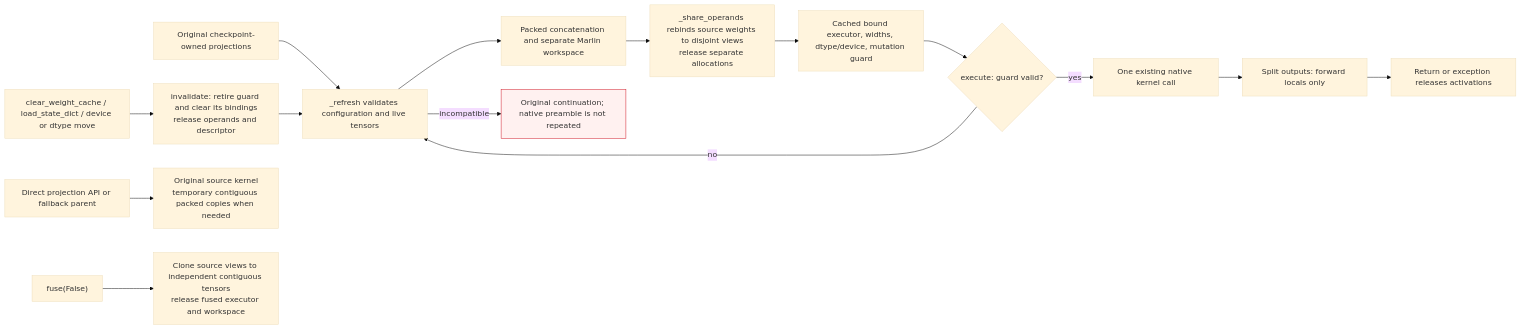
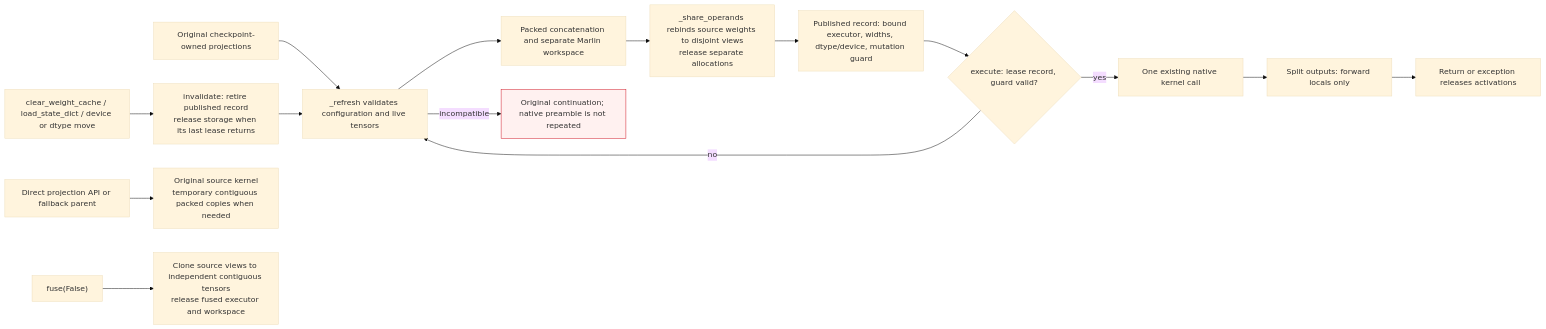
Before and after one commit to ModelCloud/GPTQModel: the sixth of 7 diagrams in docs/fusion-planner.md, drawn with Mermaid (base theme). The commit also changed other lines of this file and 2 other files, not shown here.

First line of the commit message:
fix(fusion): retire packed executors only after in-flight forwards (#5849)

````diff
--- a/docs/fusion-planner.md
+++ b/docs/fusion-planner.md
@@ -414,17 +414,17 @@
 ```mermaid
 flowchart LR
     SOURCE["Original checkpoint-owned projections"] --> REFRESH["_refresh validates configuration and live tensors"]
     REFRESH --> BUILD["Packed concatenation and separate Marlin workspace"] --> VIEWS["_share_operands rebinds source weights to disjoint views<br/>release separate allocations"]
-    VIEWS --> DESCRIPTOR["Cached bound executor, widths, dtype/device, mutation guard"]
-    DESCRIPTOR --> VALID{"execute: guard valid?"}
+    VIEWS --> DESCRIPTOR["Published record: bound executor, widths, dtype/device, mutation guard"]
+    DESCRIPTOR --> VALID{"execute: lease record, guard valid?"}
     VALID -->|"yes"| USE["One existing native kernel call"]
     VALID -->|"no"| REFRESH
     REFRESH -->|"incompatible"| FALLBACK["Original continuation; native preamble is not repeated"]
     USE --> OUT["Split outputs: forward locals only"]
     OUT --> RELEASE["Return or exception releases activations"]
-    MUTATE["clear_weight_cache / load_state_dict / device or dtype move"] --> INVALID["invalidate: retire guard and clear its bindings<br/>release operands and descriptor"]
+    MUTATE["clear_weight_cache / load_state_dict / device or dtype move"] --> INVALID["invalidate: retire published record<br/>release storage when its last lease returns"]
     INVALID --> REFRESH
     DIRECT["Direct projection API or fallback parent"] --> LEAF["Original source kernel<br/>temporary contiguous packed copies when needed"]
     OFF["fuse(False)"] --> RESTORE["Clone source views to independent contiguous tensors<br/>release fused executor and workspace"]
     style FALLBACK fill:#fff1f0,stroke:#cf1322
 ```
````
